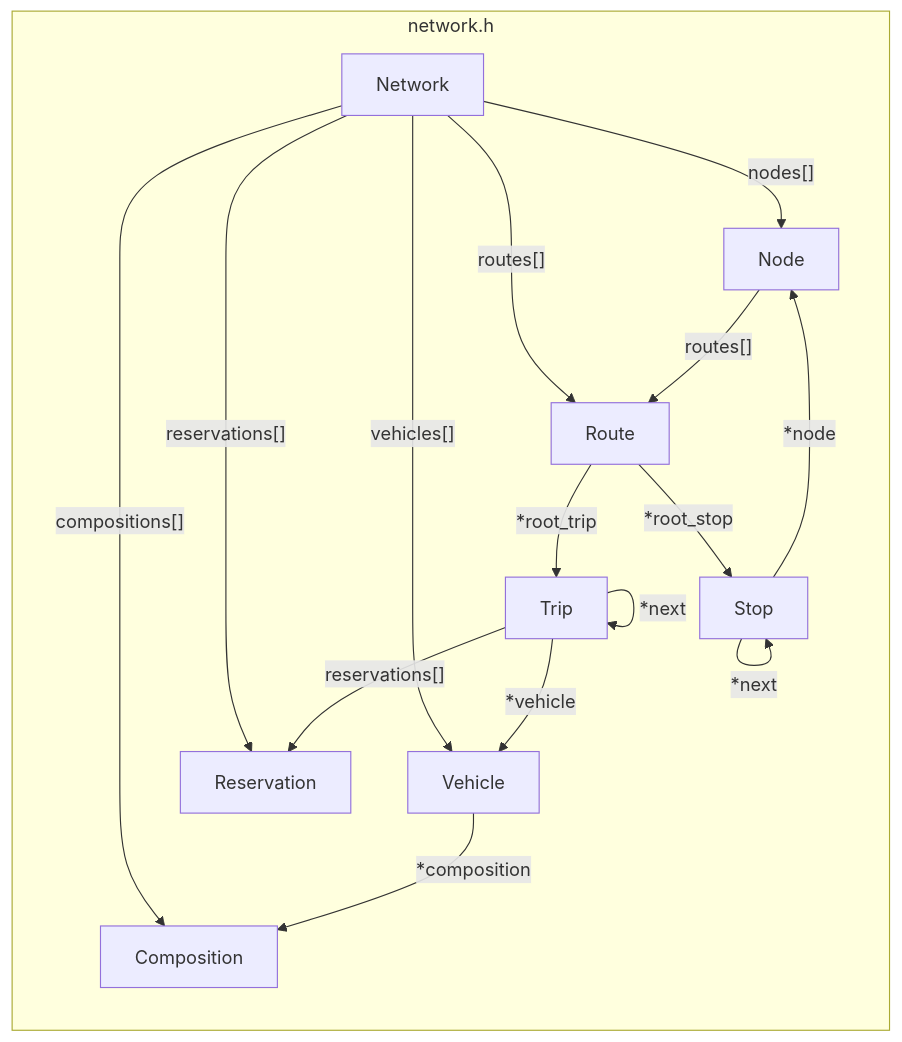
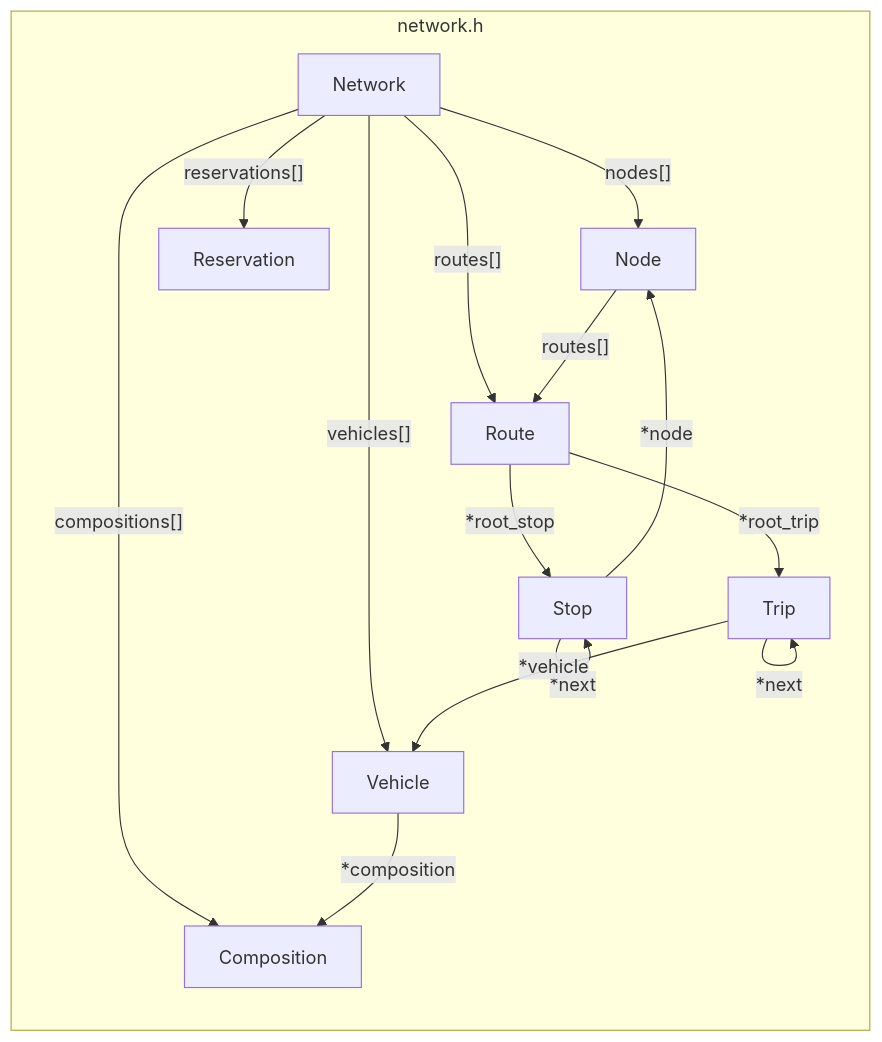
Before and after one commit to maptic/osurs: the second of 5 diagrams in README.md, drawn with Mermaid.

````diff
--- a/README.md
+++ b/README.md
@@ -33,20 +33,19 @@
 ```mermaid
 graph LR;
   subgraph network.h;
     Network-->|"nodes[]"|Node;
     Network-->|"routes[]"|Route;
     Network-->|"compositions[]"|Composition;
     Network-->|"vehicles[]"|Vehicle;
     Network-->|"reservations[]"|Reservation;
     Route-->|*root_stop|Stop;
     Stop-->|*prev|Stop;
     Stop-->|*next|Stop;
     Route-->|*root_trip|Trip;
     Trip-->|*next|Trip;
-    Trip-->|"reservations[]"|Reservation;
     Node-->|"routes[]"|Route;
     Stop-->|*node|Node;
     Trip-->|*vehicle|Vehicle;
     Vehicle-->|*composition|Composition;
   end;
 ```
````
